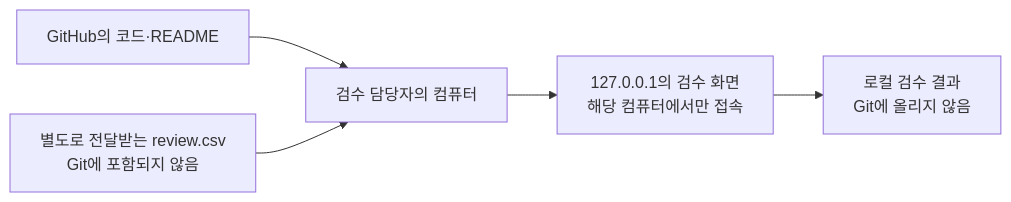
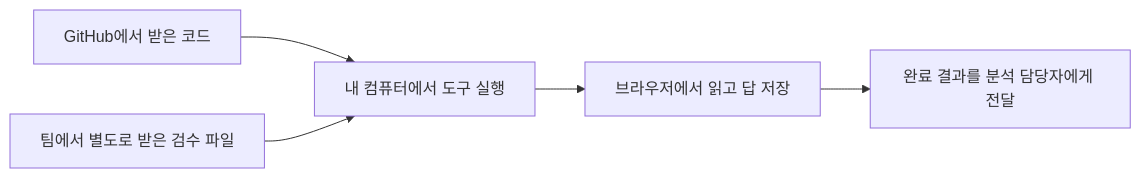
One commit to devCollegit/social_media_2026 changed the third of 3 diagrams in 김정기/data_collection/README.md. Above: the diagram before and after it, drawn with Mermaid. The commit also changed other lines of this file and 2 other files, not shown here.

````diff
--- a/김정기/data_collection/README.md
+++ b/김정기/data_collection/README.md
@@ -70,7 +76,7 @@
 ```mermaid
 flowchart LR
-    G["GitHub의 코드·README"] --> P["검수 담당자의 컴퓨터"]
-    D["별도로 전달받는 review.csv<br/>Git에 포함되지 않음"] --> P
-    P --> L["127.0.0.1의 검수 화면<br/>해당 컴퓨터에서만 접속"]
-    L --> O["로컬 검수 결과<br/>Git에 올리지 않음"]
+    A["GitHub에서 받은 코드"] --> C["내 컴퓨터에서 도구 실행"]
+    B["팀에서 별도로 받은 검수 파일"] --> C
+    C --> D["브라우저에서 읽고 답 저장"]
+    D --> E["완료 결과를 분석 담당자에게 전달"]
 ```
````
